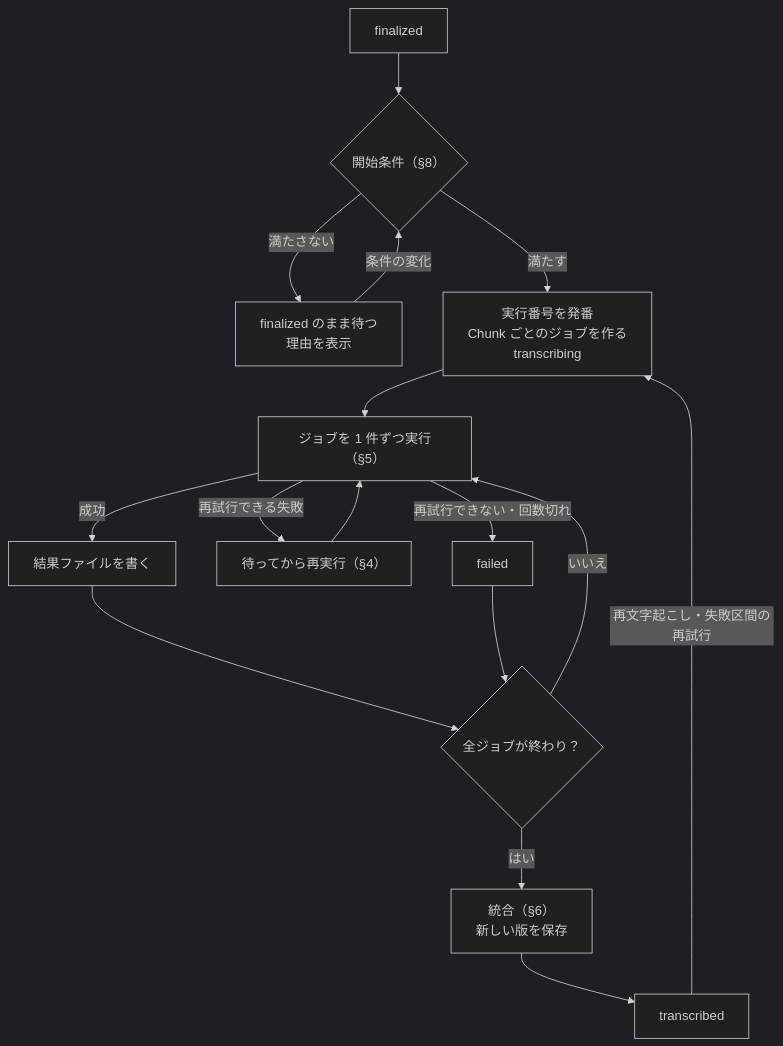
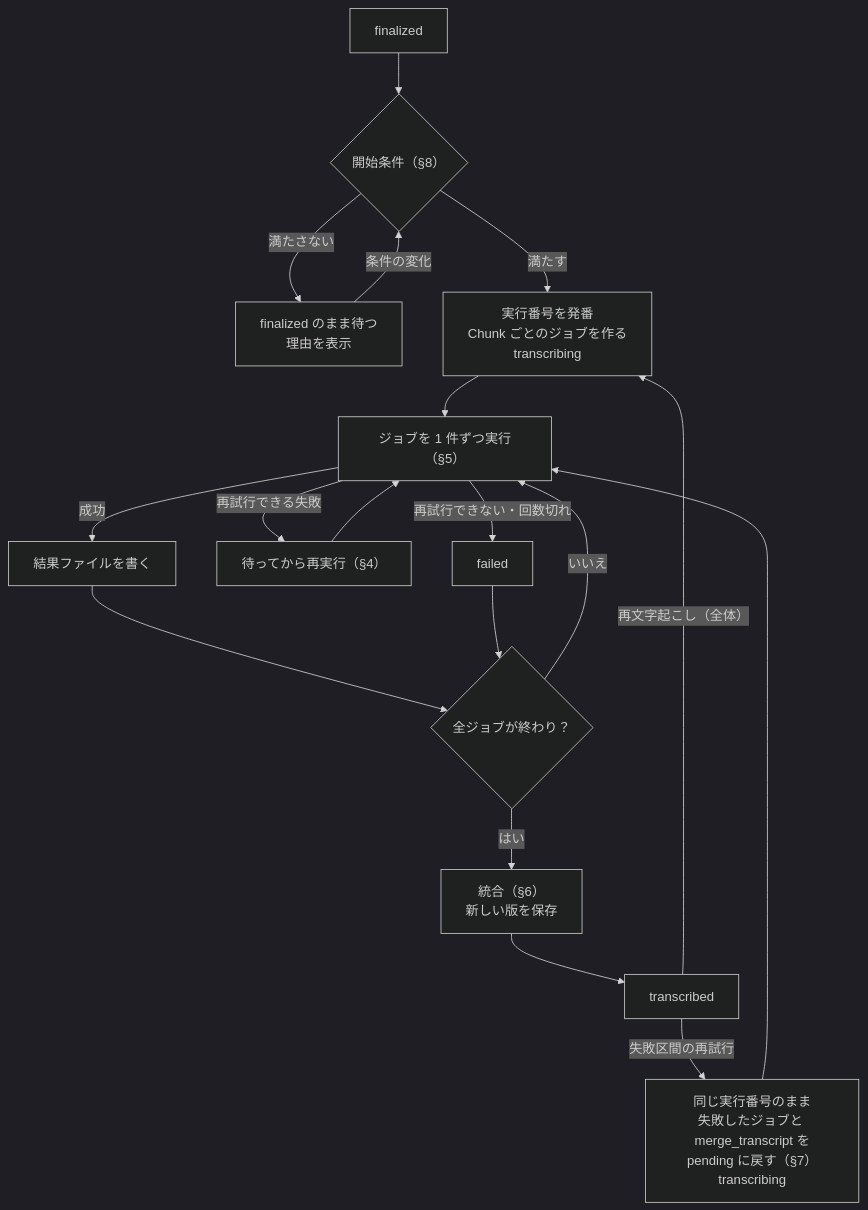
The first of 2 diagrams in docs/02-basic-design/transcription.md (myoshi2891/Minutes-Mobile), drawn with Mermaid (dark theme) before and after one commit. The commit also changed other lines of this file and 3 other files, not shown here.

````diff
--- a/docs/02-basic-design/transcription.md
+++ b/docs/02-basic-design/transcription.md
@@ -37,18 +37,20 @@
 ```mermaid
 flowchart TB
     F["finalized"] --> C{"開始条件（§8）"}
     C -->|"満たさない"| W["finalized のまま待つ<br/>理由を表示"]
     W -->|"条件の変化"| C
     C -->|"満たす"| R["実行番号を発番<br/>Chunk ごとのジョブを作る<br/>transcribing"]
     R --> J["ジョブを 1 件ずつ実行（§5）"]
     J -->|"成功"| O["結果ファイルを書く"]
     J -->|"再試行できる失敗"| B["待ってから再実行（§4）"]
     B --> J
     J -->|"再試行できない・回数切れ"| X["failed"]
     O --> A{"全ジョブが終わり？"}
     X --> A
     A -->|"いいえ"| J
     A -->|"はい"| M["統合（§6）<br/>新しい版を保存"]
     M --> T["transcribed"]
-    T -->|"再文字起こし・失敗区間の再試行"| R
+    T -->|"再文字起こし（全体）"| R
+    T -->|"失敗区間の再試行"| RT["同じ実行番号のまま<br/>失敗したジョブと merge_transcript を<br/>pending に戻す（§7）<br/>transcribing"]
+    RT --> J
 ```
````
